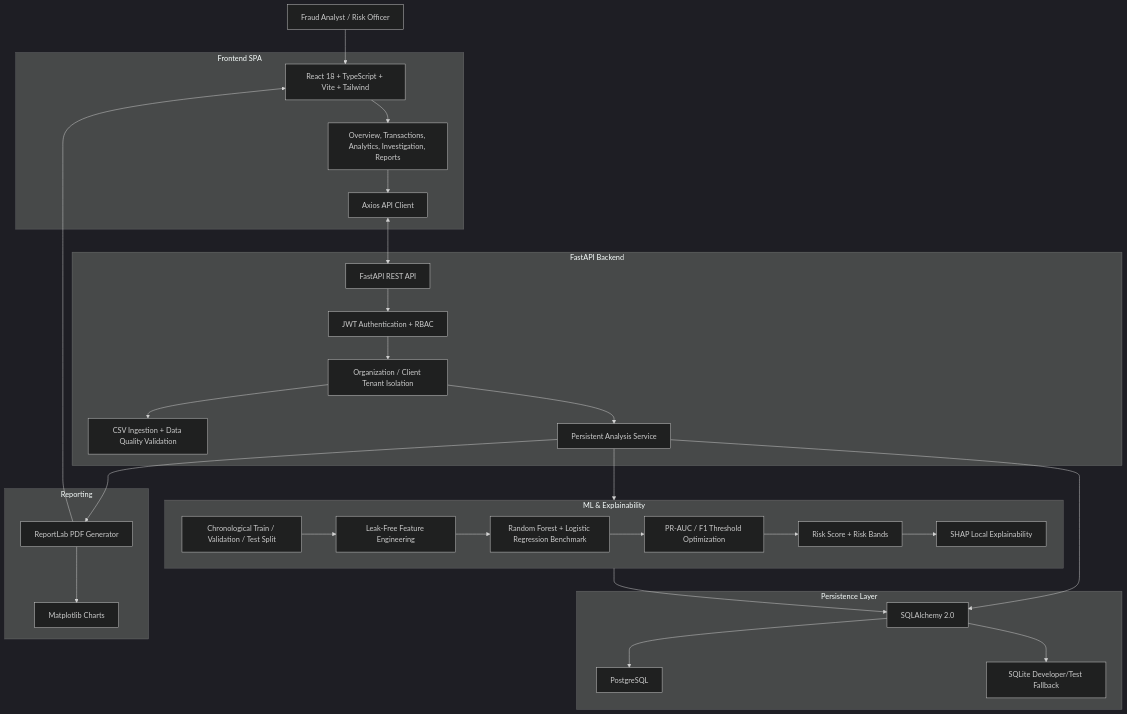
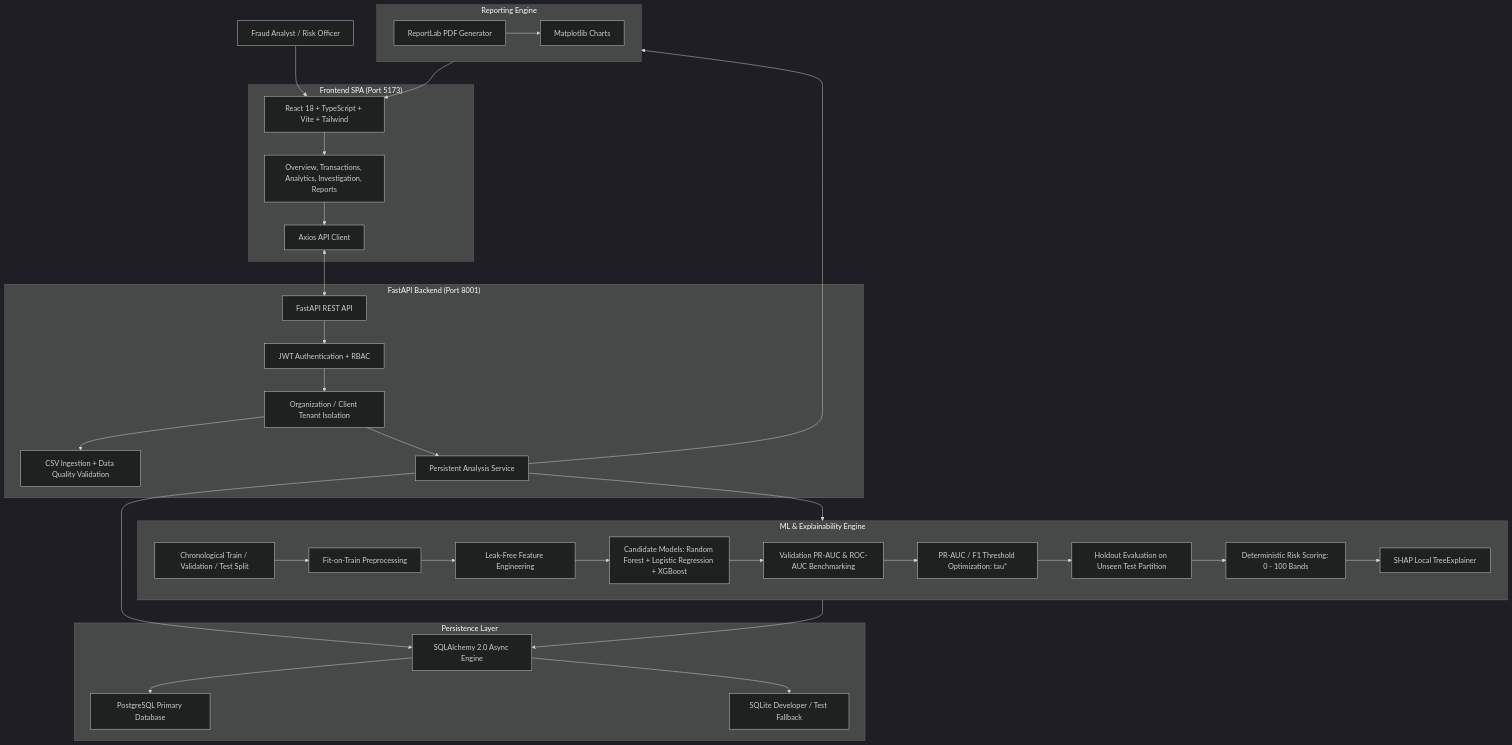
One commit to zoraizanwar/Sentinel-AI changed the first of 4 diagrams in README.md. Above: the diagram before and after it, drawn with Mermaid (dark theme). The commit also changed other lines of this file, not shown here.

````diff
--- a/README.md
+++ b/README.md
@@ -71,61 +71,67 @@
 ```mermaid
 flowchart TD
     User["Fraud Analyst / Risk Officer"]
 
-    subgraph Frontend["Frontend SPA"]
+    subgraph Frontend["Frontend SPA (Port 5173)"]
         UI["React 18 + TypeScript + Vite + Tailwind"]
         Views["Overview, Transactions, Analytics, Investigation, Reports"]
         Client["Axios API Client"]
         UI --> Views
         Views --> Client
     end
 
-    subgraph Backend["FastAPI Backend"]
+    subgraph Backend["FastAPI Backend (Port 8001)"]
         API["FastAPI REST API"]
         Auth["JWT Authentication + RBAC"]
         Tenant["Organization / Client Tenant Isolation"]
         Ingest["CSV Ingestion + Data Quality Validation"]
         Analysis["Persistent Analysis Service"]
         API --> Auth
         Auth --> Tenant
         Tenant --> Ingest
         Tenant --> Analysis
     end
 
-    subgraph Database["Persistence Layer"]
-        DB["SQLAlchemy 2.0"]
-        PostgreSQL["PostgreSQL"]
-        SQLite["SQLite Developer/Test Fallback"]
+    subgraph Persistence["Persistence Layer"]
+        DB["SQLAlchemy 2.0 Async Engine"]
+        PostgreSQL["PostgreSQL Primary Database"]
+        SQLite["SQLite Developer / Test Fallback"]
         DB --> PostgreSQL
         DB --> SQLite
     end
 
-    subgraph ML["ML & Explainability"]
+    subgraph MLPipeline["ML & Explainability Engine"]
         Split["Chronological Train / Validation / Test Split"]
+        Preproc["Fit-on-Train Preprocessing"]
         Features["Leak-Free Feature Engineering"]
-        Models["Random Forest + Logistic Regression Benchmark"]
-        Threshold["PR-AUC / F1 Threshold Optimization"]
-        Risk["Risk Score + Risk Bands"]
-        SHAP["SHAP Local Explainability"]
+        CandidateModels["Candidate Models: Random Forest + Logistic Regression + XGBoost"]
+        Validation["Validation PR-AUC & ROC-AUC Benchmarking"]
+        ThresholdOpt["PR-AUC / F1 Threshold Optimization: tau*"]
+        Holdout["Holdout Evaluation on Unseen Test Partition"]
+        RiskEngine["Deterministic Risk Scoring: 0 - 100 Bands"]
+        SHAPEngine["SHAP Local TreeExplainer"]
 
-        Split --> Features
-        Features --> Models
-        Models --> Threshold
-        Threshold --> Risk
-        Risk --> SHAP
+        Split --> Preproc
+        Preproc --> Features
+        Features --> CandidateModels
+        CandidateModels --> Validation
+        Validation --> ThresholdOpt
+        ThresholdOpt --> Holdout
+        Holdout --> RiskEngine
+        RiskEngine --> SHAPEngine
     end
 
-    subgraph Reporting["Reporting"]
+    subgraph ReportingEngine["Reporting Engine"]
         PDF["ReportLab PDF Generator"]
         Charts["Matplotlib Charts"]
         PDF --> Charts
     end
 
     User --> UI
     Client <--> API
     Analysis --> DB
-    Analysis --> ML
-    ML --> DB
-    Analysis --> PDF
-    PDF --> UI
+    Analysis --> MLPipeline
+    MLPipeline --> DB
+    Analysis --> ReportingEngine
+    ReportingEngine --> UI
 ```
````
